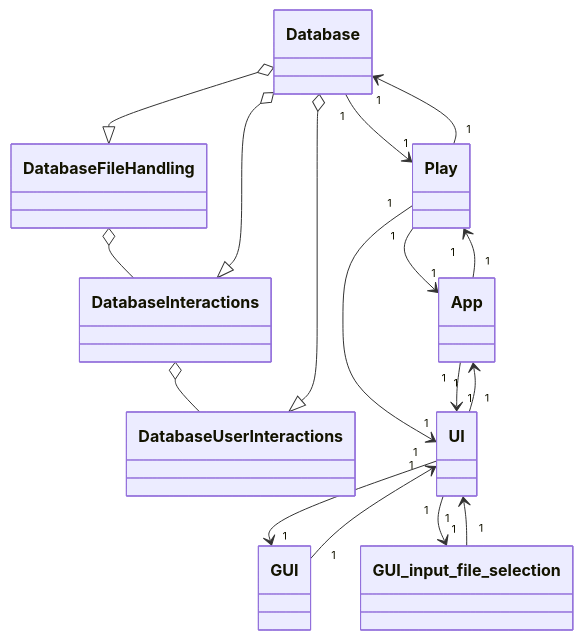
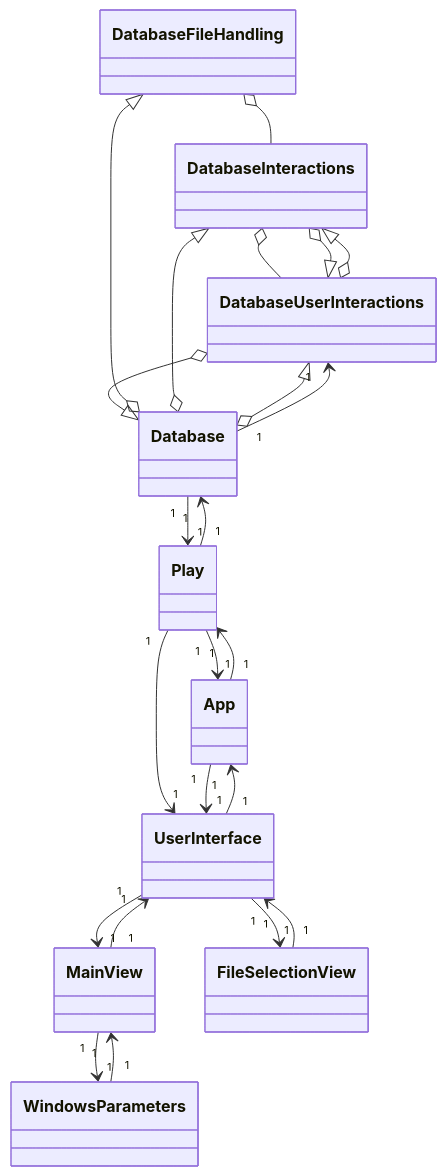
The diagram in dokumentaatio/luokkakaavio_v2.MD (platipus82/ot-harjoitustyo), drawn with Mermaid before and after one commit.

````diff
--- a/dokumentaatio/luokkakaavio_v2.MD
+++ b/dokumentaatio/luokkakaavio_v2.MD
@@ -1,40 +1,50 @@
 ```mermaid
 classDiagram
     class DatabaseFileHandling{
     }
     class DatabaseInteractions{
     }
     class DatabaseUserInteractions{
     }
     class Database{
     }
     class App{
     }
     class Play{
     }
-    class UI{
+    class UserInterface{
     }
-    class GUI{
+    class MainView{
     }  
-    class GUI_input_file_selection{
+    class FileSelectionView{
+    }   
+    class WindowsParameters{
+    }   
+    class DatabaseUserInteractions{
     }   
 
 
     DatabaseFileHandling o-- DatabaseInteractions
     DatabaseInteractions o-- DatabaseUserInteractions
     Database o--|> DatabaseFileHandling
     Database o--|> DatabaseInteractions
     Database o--|> DatabaseUserInteractions
+    DatabaseInteractions o--|> DatabaseUserInteractions
+    DatabaseUserInteractions o--|> DatabaseInteractions
+    DatabaseUserInteractions o--|> Database
 
     Play "1" --> "1" Database 
     Database "1" --> "1" Play
+    Database "1" --> "1" DatabaseUserInteractions
     Play "1" --> "1" App 
-    Play "1" --> "1" UI 
-    App "1" --> "1" UI
+    Play "1" --> "1" UserInterface 
+    App "1" --> "1" UserInterface
     App "1" --> "1" Play
-    UI "1" --> "1" App
-    UI "1" --> "1" GUI
-    UI "1" --> "1" GUI_input_file_selection
-    GUI_input_file_selection "1" --> "1" UI
-    GUI "1" --> "1" UI
+    UserInterface "1" --> "1" App
+    UserInterface "1" --> "1" MainView
+    WindowsParameters "1" --> "1" MainView
+    MainView "1" --> "1" WindowsParameters
+    UserInterface "1" --> "1" FileSelectionView
+    FileSelectionView "1" --> "1" UserInterface
+    MainView "1" --> "1" UserInterface
 ```
````
